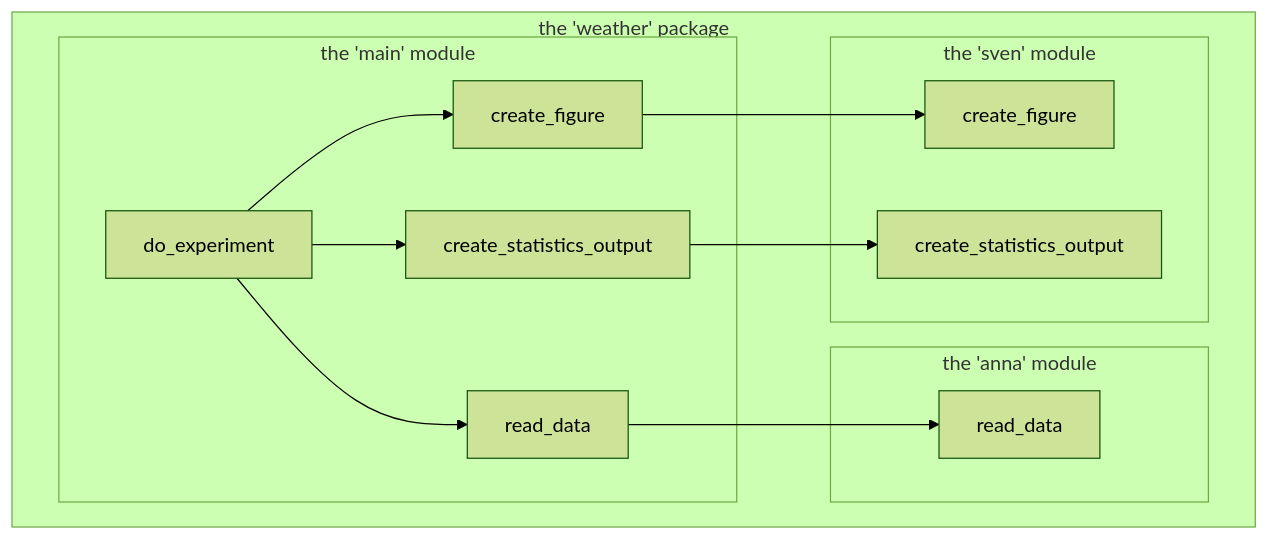
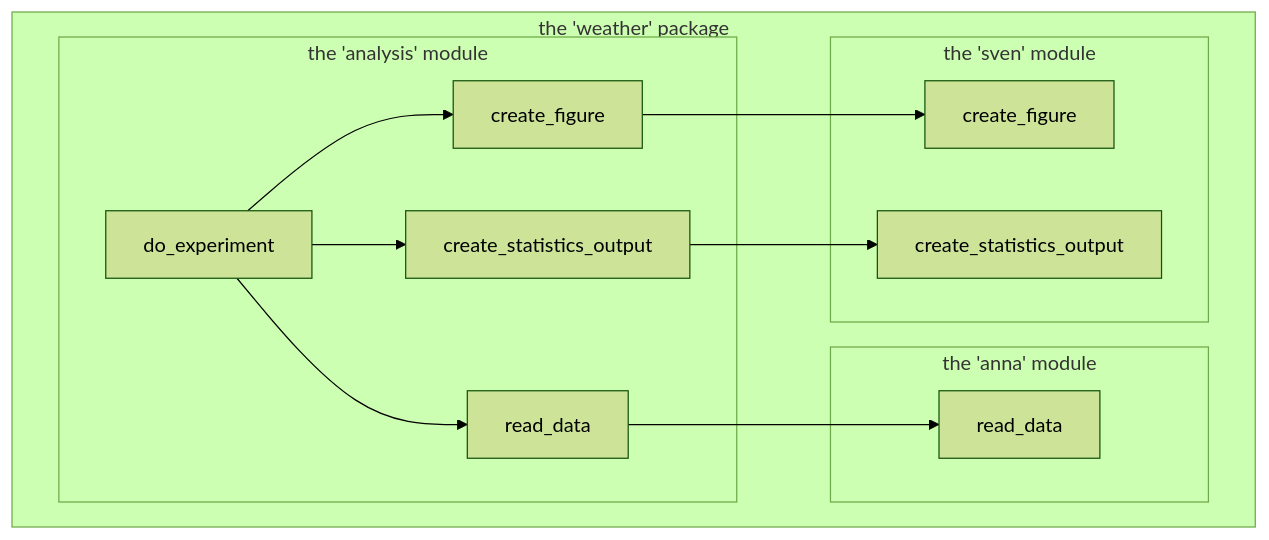
One commit to UPPMAX/programming_formalisms changed the third of 3 diagrams in docs/sessions/design_introduction/README.md. Above: the diagram before and after it, drawn with Mermaid (forest theme). The commit also changed 4 other files, not shown here.

````diff
--- a/docs/sessions/design_introduction/README.md
+++ b/docs/sessions/design_introduction/README.md
@@ -109,24 +109,24 @@
 ```mermaid
 graph TB
   subgraph package[the 'weather' package]
-    subgraph main_module[the 'main' module]
+    subgraph main_module[the 'analysis' module]
       read_data
       do_experiment
       create_figure
       create_statistics_output
     end
     subgraph anna_module[the 'anna' module]
       anna_read_data[read_data]
     end
     subgraph sven_module[the 'sven' module]
       sven_create_figure[create_figure]
       sven_create_statistics_output[create_statistics_output]
     end
   end
   read_data --> anna_read_data
   create_figure --> sven_create_figure
   create_statistics_output --> sven_create_statistics_output
   do_experiment --> read_data
   do_experiment --> create_figure
   do_experiment --> create_statistics_output
 ```
````
